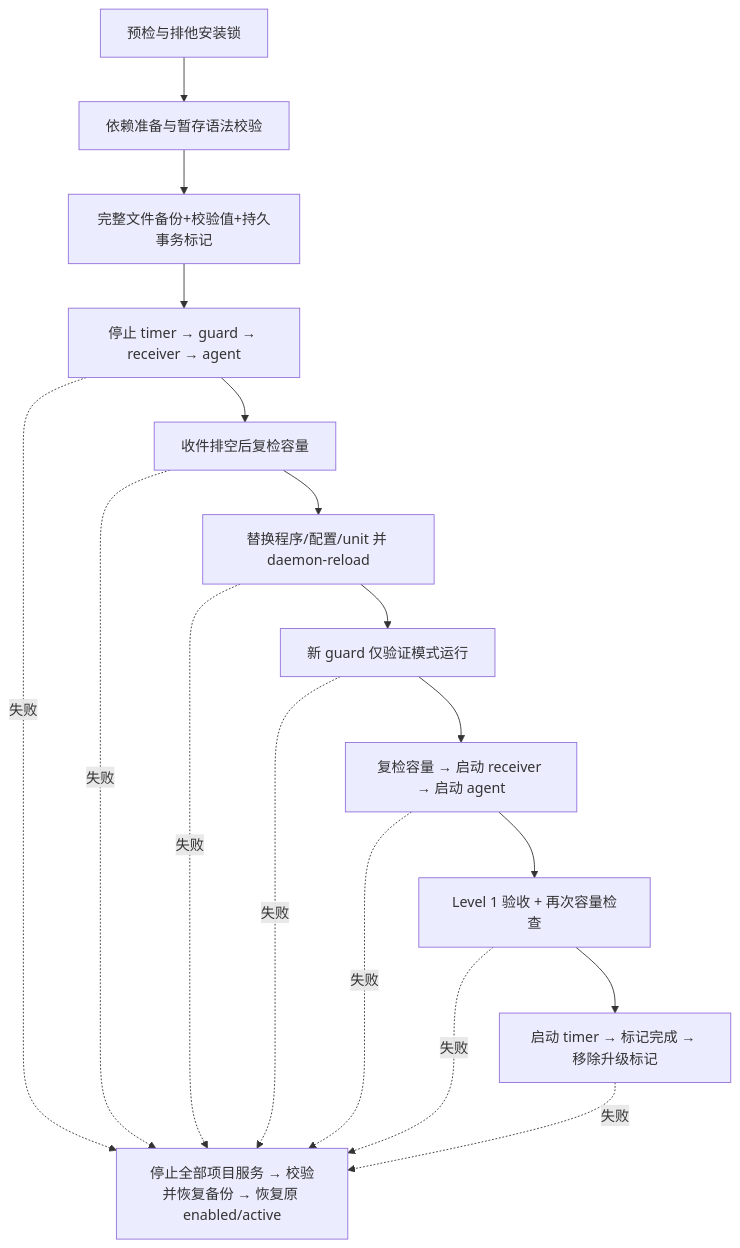
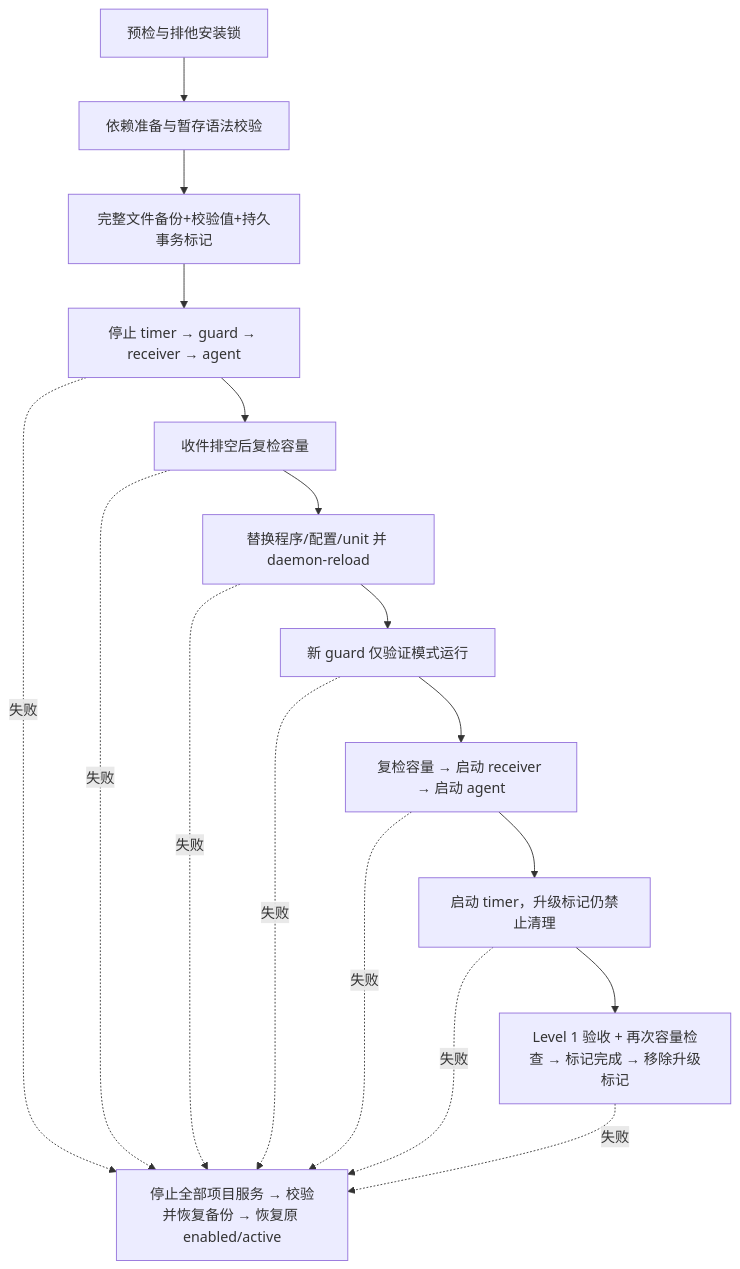
One commit to Lucshine/network-blackbox changed the diagram in docs/UPGRADE-v1.2.md. Above: the diagram before and after it, drawn with Mermaid. The commit also changed other lines of this file and 5 other files, not shown here.

````diff
--- a/docs/UPGRADE-v1.2.md
+++ b/docs/UPGRADE-v1.2.md
@@ -100,19 +100,19 @@
 ```mermaid
 flowchart TD
     A[预检与排他安装锁] --> B[依赖准备与暂存语法校验]
     B --> C[完整文件备份+校验值+持久事务标记]
     C --> D[停止 timer → guard → receiver → agent]
     D --> E[收件排空后复检容量]
     E --> F[替换程序/配置/unit 并 daemon-reload]
     F --> G[新 guard 仅验证模式运行]
     G --> H[复检容量 → 启动 receiver → 启动 agent]
-    H --> I[Level 1 验收 + 再次容量检查]
-    I --> J[启动 timer → 标记完成 → 移除升级标记]
+    H --> I[启动 timer，升级标记仍禁止清理]
+    I --> J[Level 1 验收 + 再次容量检查 → 标记完成 → 移除升级标记]
     D -.失败.-> R[停止全部项目服务 → 校验并恢复备份 → 恢复原 enabled/active]
     E -.失败.-> R
     F -.失败.-> R
     G -.失败.-> R
     H -.失败.-> R
     I -.失败.-> R
     J -.失败.-> R
 ```
````
